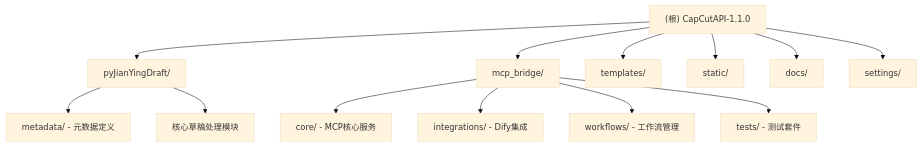
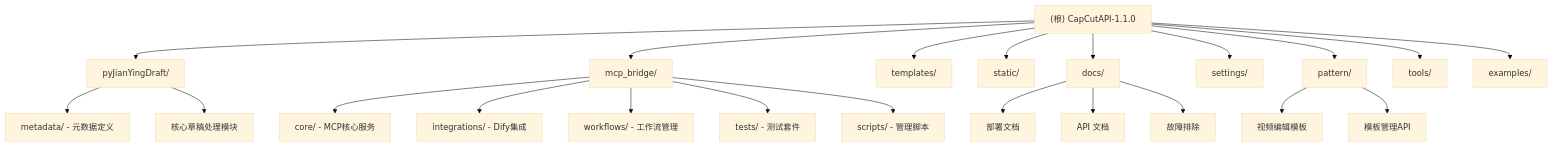
Before and after one commit to xiaoxishui123/CapCutAPI-1.1.0: the diagram in CLAUDE.md, drawn with Mermaid (base theme). The commit also changed other lines of this file and 24 other files, not shown here.

````diff
--- a/CLAUDE.md
+++ b/CLAUDE.md
@@ -48,21 +70,38 @@
 ```mermaid
 graph TD
     A["(根) CapCutAPI-1.1.0"] --> B["pyJianYingDraft/"];
     A --> C["mcp_bridge/"];
     A --> D["templates/"];
     A --> E["static/"];
     A --> F["docs/"];
     A --> G["settings/"];
+    A --> H["pattern/"];
+    A --> I["tools/"];
+    A --> J["examples/"];
 
     B --> B1["metadata/ - 元数据定义"];
     B --> B2["核心草稿处理模块"];
 
     C --> C1["core/ - MCP核心服务"];
     C --> C2["integrations/ - Dify集成"];
     C --> C3["workflows/ - 工作流管理"];
     C --> C4["tests/ - 测试套件"];
+    C --> C5["scripts/ - 管理脚本"];
+
+    F --> F1["部署文档"];
+    F --> F2["API 文档"];
+    F --> F3["故障排除"];
+
+    H --> H1["视频编辑模板"];
+    H --> H2["模板管理API"];
 
     click B "./pyJianYingDraft/CLAUDE.md" "查看 pyJianYingDraft 模块文档"
     click C "./mcp_bridge/CLAUDE.md" "查看 mcp_bridge 模块文档"
     click D "./templates/CLAUDE.md" "查看 templates 模块文档"
+    click E "./static/CLAUDE.md" "查看 static 模块文档"
+    click F "./docs/CLAUDE.md" "查看 docs 模块文档"
+    click G "./settings/CLAUDE.md" "查看 settings 模块文档"
+    click H "./pattern/CLAUDE.md" "查看 pattern 模块文档"
+    click I "./tools/CLAUDE.md" "查看 tools 模块文档"
+    click J "./examples/CLAUDE.md" "查看 examples 模块文档"
 ```
````
